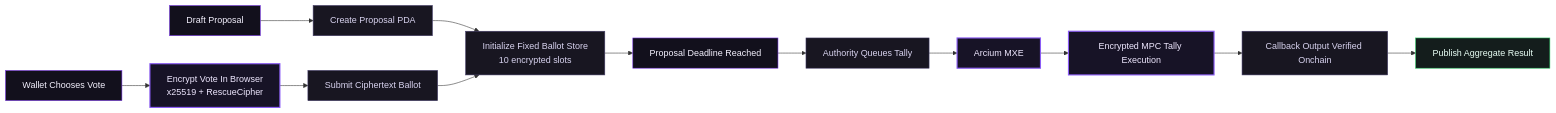
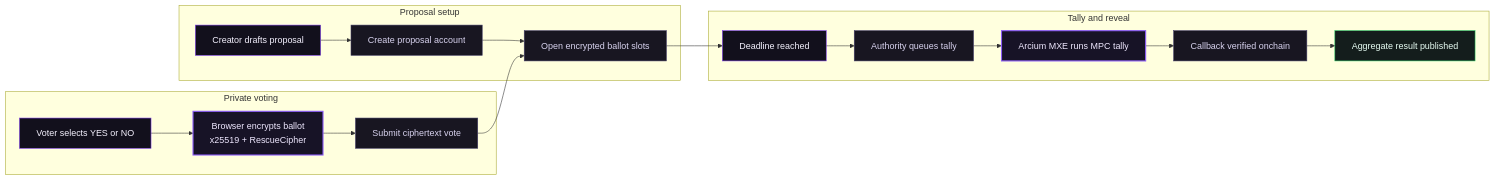
The diagram in README.md (ELLA0VICTOR/arcvote), drawn with Mermaid before and after one commit. The commit also changed other lines of this file, not shown here.

Commit message:
update system flow diagram

````diff
--- a/README.md
+++ b/README.md
@@ -51,21 +51,33 @@
 ```mermaid
 flowchart LR
-    classDef surface fill:#12101c,stroke:#7c3aed,color:#f5f2ff,stroke-width:1px;
-    classDef state fill:#181621,stroke:#413a67,color:#d8d3ef,stroke-width:1px;
+    classDef user fill:#12101c,stroke:#7c3aed,color:#f5f2ff,stroke-width:1px;
+    classDef solana fill:#181621,stroke:#413a67,color:#d8d3ef,stroke-width:1px;
     classDef arcium fill:#171326,stroke:#8b5cf6,color:#efe8ff,stroke-width:2px;
     classDef result fill:#141d1c,stroke:#22c55e,color:#e9fff5,stroke-width:1px;
 
-    A[Draft Proposal]:::surface --> B[Create Proposal PDA]:::state
-    B --> C[Initialize Fixed Ballot Store<br/>10 encrypted slots]:::state
+    subgraph Creator["Proposal setup"]
+        A[Creator drafts proposal]:::user
+        B[Create proposal account]:::solana
+        C[Open encrypted ballot slots]:::solana
+        A --> B --> C
+    end
 
-    D[Wallet Chooses Vote]:::surface --> E[Encrypt Vote In Browser<br/>x25519 + RescueCipher]:::arcium
-    E --> F[Submit Ciphertext Ballot]:::state
+    subgraph Voter["Private voting"]
+        D[Voter selects YES or NO]:::user
+        E[Browser encrypts ballot<br/>x25519 + RescueCipher]:::arcium
+        F[Submit ciphertext vote]:::solana
+        D --> E --> F
+    end
+
+    subgraph Finalize["Tally and reveal"]
+        G[Deadline reached]:::user
+        H[Authority queues tally]:::solana
+        I[Arcium MXE runs MPC tally]:::arcium
+        J[Callback verified onchain]:::solana
+        K[Aggregate result published]:::result
+        G --> H --> I --> J --> K
+    end
+
     F --> C
-
-    C --> G[Proposal Deadline Reached]:::surface
-    G --> H[Authority Queues Tally]:::state
-    H --> I[Arcium MXE]:::arcium
-    I --> J[Encrypted MPC Tally Execution]:::arcium
-    J --> K[Callback Output Verified Onchain]:::state
-    K --> L[Publish Aggregate Result]:::result
+    C --> G
 ```
````
